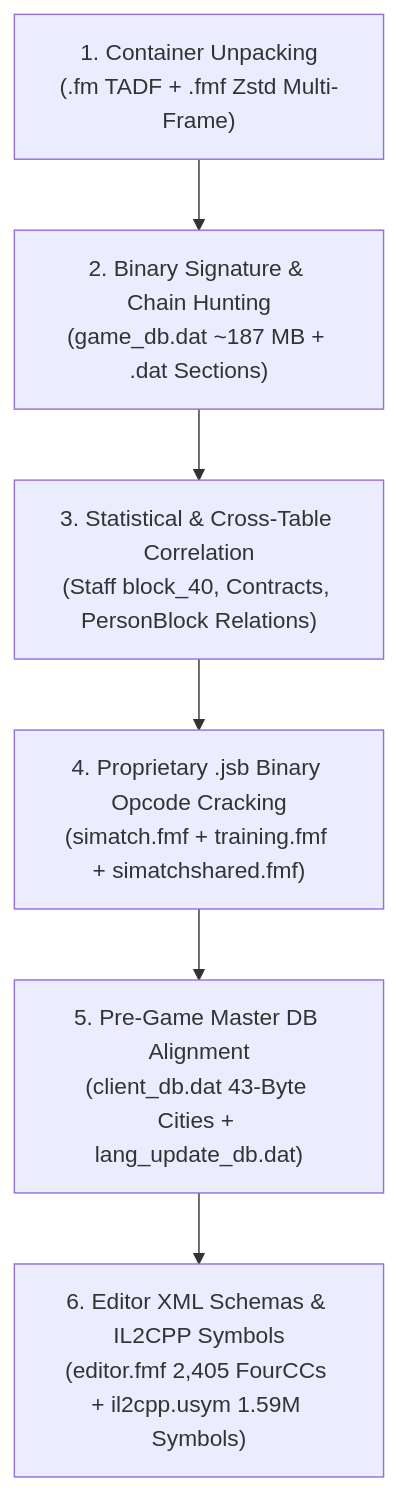
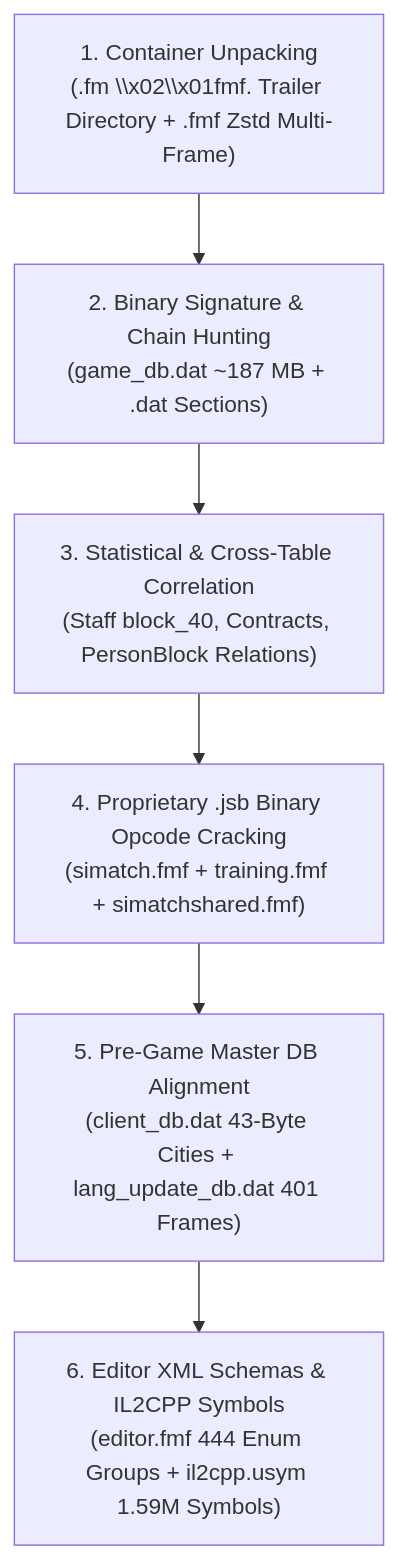
The diagram in docs/FM26_REVERSE_ENGINEERING_METHODOLOGY_AND_FILE_TREE.md (spadesM/fm-toolkit), drawn with Mermaid before and after one commit. The commit also changed other lines of this file and 9 other files, not shown here.

````diff
--- a/docs/FM26_REVERSE_ENGINEERING_METHODOLOGY_AND_FILE_TREE.md
+++ b/docs/FM26_REVERSE_ENGINEERING_METHODOLOGY_AND_FILE_TREE.md
@@ -15,8 +15,8 @@
 ```mermaid
 flowchart TD
-    A["1. Container Unpacking\n(.fm TADF + .fmf Zstd Multi-Frame)"] --> B["2. Binary Signature & Chain Hunting\n(game_db.dat ~187 MB + .dat Sections)"]
+    A["1. Container Unpacking\n(.fm \\x02\\x01fmf. Trailer Directory + .fmf Zstd Multi-Frame)"] --> B["2. Binary Signature & Chain Hunting\n(game_db.dat ~187 MB + .dat Sections)"]
     B --> C["3. Statistical & Cross-Table Correlation\n(Staff block_40, Contracts, PersonBlock Relations)"]
     C --> D["4. Proprietary .jsb Binary Opcode Cracking\n(simatch.fmf + training.fmf + simatchshared.fmf)"]
-    D --> E["5. Pre-Game Master DB Alignment\n(client_db.dat 43-Byte Cities + lang_update_db.dat)"]
-    E --> F["6. Editor XML Schemas & IL2CPP Symbols\n(editor.fmf 2,405 FourCCs + il2cpp.usym 1.59M Symbols)"]
+    D --> E["5. Pre-Game Master DB Alignment\n(client_db.dat 43-Byte Cities + lang_update_db.dat 401 Frames)"]
+    E --> F["6. Editor XML Schemas & IL2CPP Symbols\n(editor.fmf 444 Enum Groups + il2cpp.usym 1.59M Symbols)"]
 ```
````
